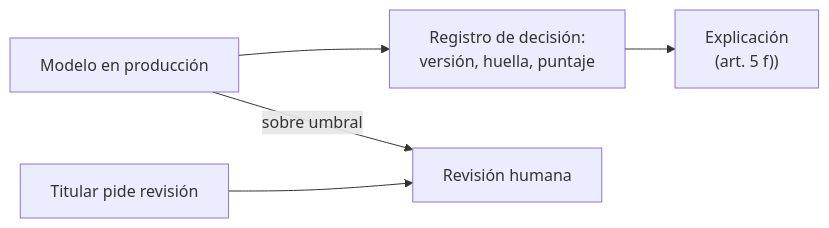
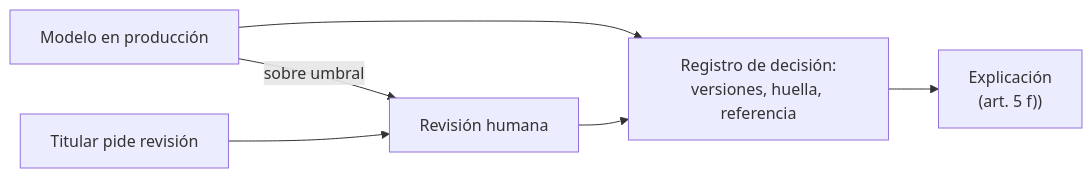
One commit to fcp4891/de-knowledge-hub changed the second of 2 diagrams in content/concepts/dpia-and-automated-decisions.md. Above: the diagram before and after it, drawn with Mermaid. The commit also changed other lines of this file and 1 other file, not shown here.

````diff
--- a/content/concepts/dpia-and-automated-decisions.md
+++ b/content/concepts/dpia-and-automated-decisions.md
@@ -142,7 +164,8 @@
 ```mermaid
 flowchart LR
-  M["Modelo en producción"] --> L["Registro de decisión:<br/>versión, huella, puntaje"]
+  M["Modelo en producción"] --> L["Registro de decisión:<br/>versiones, huella, referencia"]
   L --> X["Explicación<br/>(art. 5 f))"]
   M -- "sobre umbral" --> H["Revisión humana"]
   T["Titular pide revisión"] --> H
+  H --> L
 ```
````
